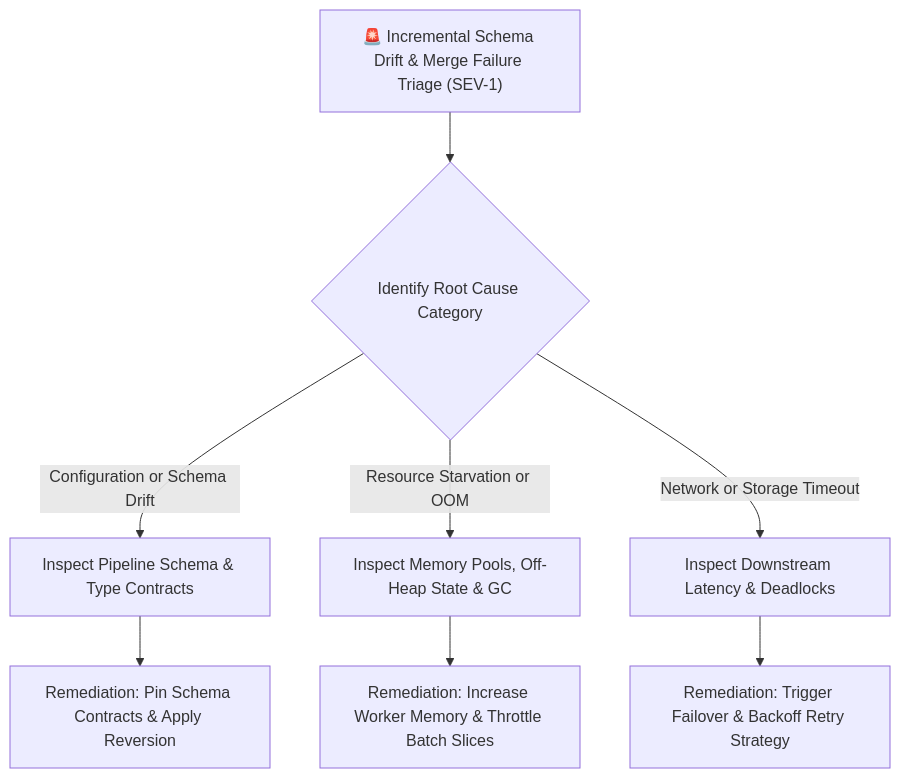
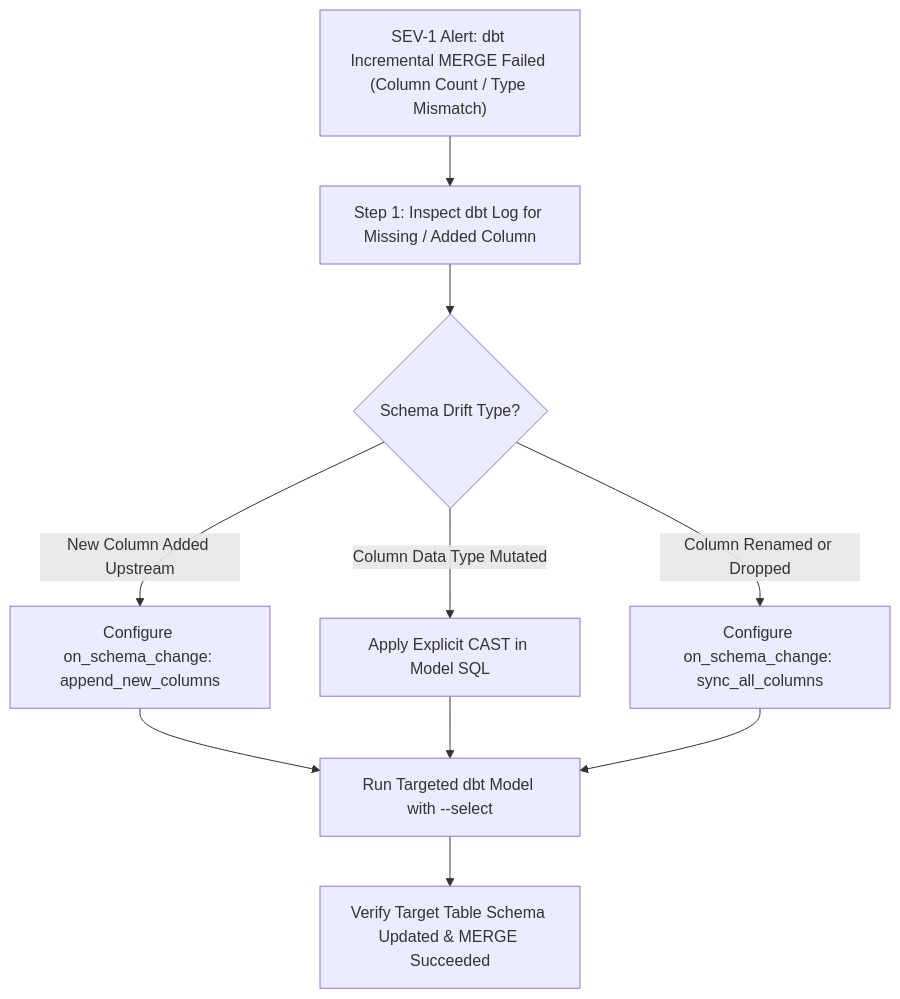
One commit to santoshjammi29/dbt-handbook changed the diagram in runbooks/01_incremental_schema_drift_and_merge_failures.md. Above: the diagram before and after it, drawn with Mermaid. The commit also changed other lines of this file and 12 other files, not shown here.

````diff
--- a/runbooks/01_incremental_schema_drift_and_merge_failures.md
+++ b/runbooks/01_incremental_schema_drift_and_merge_failures.md
@@ -11,12 +12,14 @@
 ```mermaid
 flowchart TD
-    Alert["🚨 Incremental Schema Drift & Merge Failure Triage (SEV-1)"] --> TriageCategory{"Identify Root Cause Category"}
+    Alert["SEV-1 Alert: dbt Incremental MERGE Failed (Column Count / Type Mismatch)"] --> InspectError["Step 1: Inspect dbt Log for Missing / Added Column"]
+    InspectError --> DriftType{"Schema Drift Type?"}
     
-    TriageCategory -->|"Configuration or Schema Drift"| ConfigTriage["Inspect Pipeline Schema & Type Contracts"]
-    TriageCategory -->|"Resource Starvation or OOM"| ResourceTriage["Inspect Memory Pools, Off-Heap State & GC"]
-    TriageCategory -->|"Network or Storage Timeout"| NetworkTriage["Inspect Downstream Latency & Deadlocks"]
-
-    ConfigTriage --> FixConfig["Remediation: Pin Schema Contracts & Apply Reversion"]
-    ResourceTriage --> FixResource["Remediation: Increase Worker Memory & Throttle Batch Slices"]
-    NetworkTriage --> FixNetwork["Remediation: Trigger Failover & Backoff Retry Strategy"]
+    DriftType -->|"New Column Added Upstream"| OnSchemaChange["Configure on_schema_change: append_new_columns"]
+    DriftType -->|"Column Data Type Mutated"| TypeDrift["Apply Explicit CAST in Model SQL"]
+    DriftType -->|"Column Renamed or Dropped"| ColumnDrop["Configure on_schema_change: sync_all_columns"]
+    
+    OnSchemaChange --> RunModel["Run Targeted dbt Model with --select"]
+    TypeDrift --> RunModel
+    ColumnDrop --> RunModel
+    RunModel --> VerifyMerge["Verify Target Table Schema Updated & MERGE Succeeded"]
 ```
````
